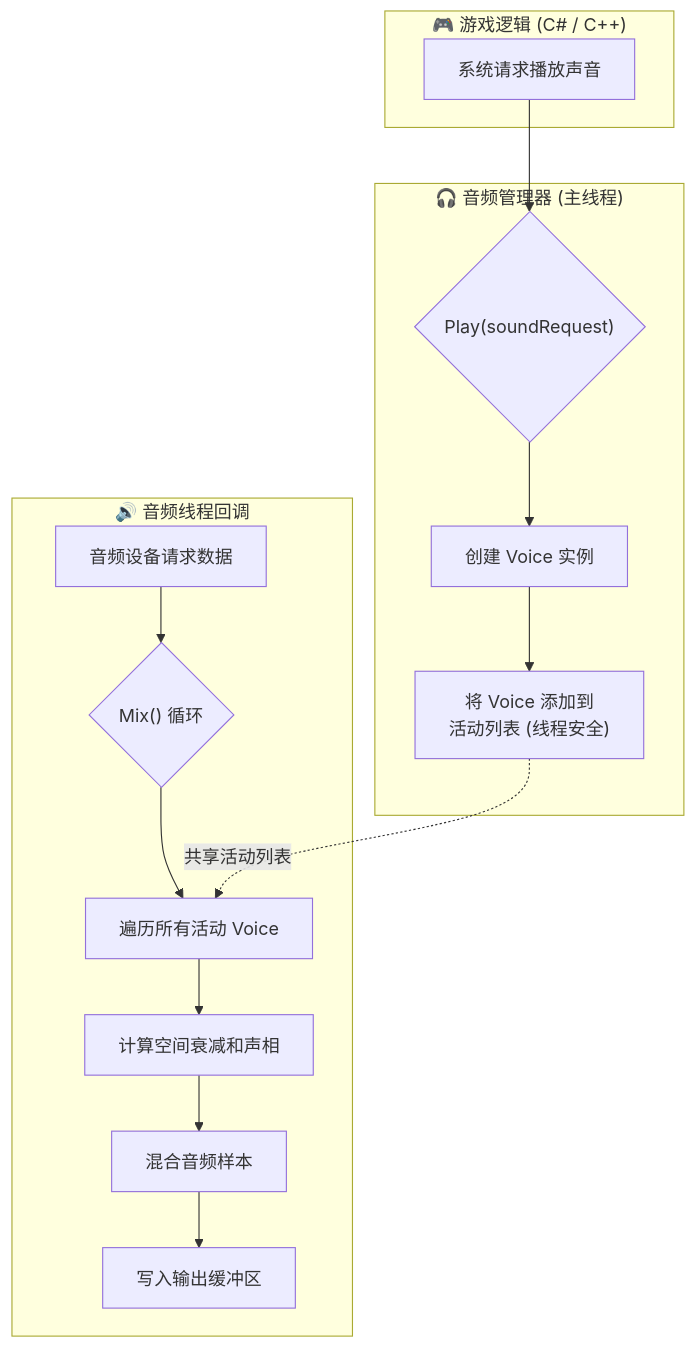
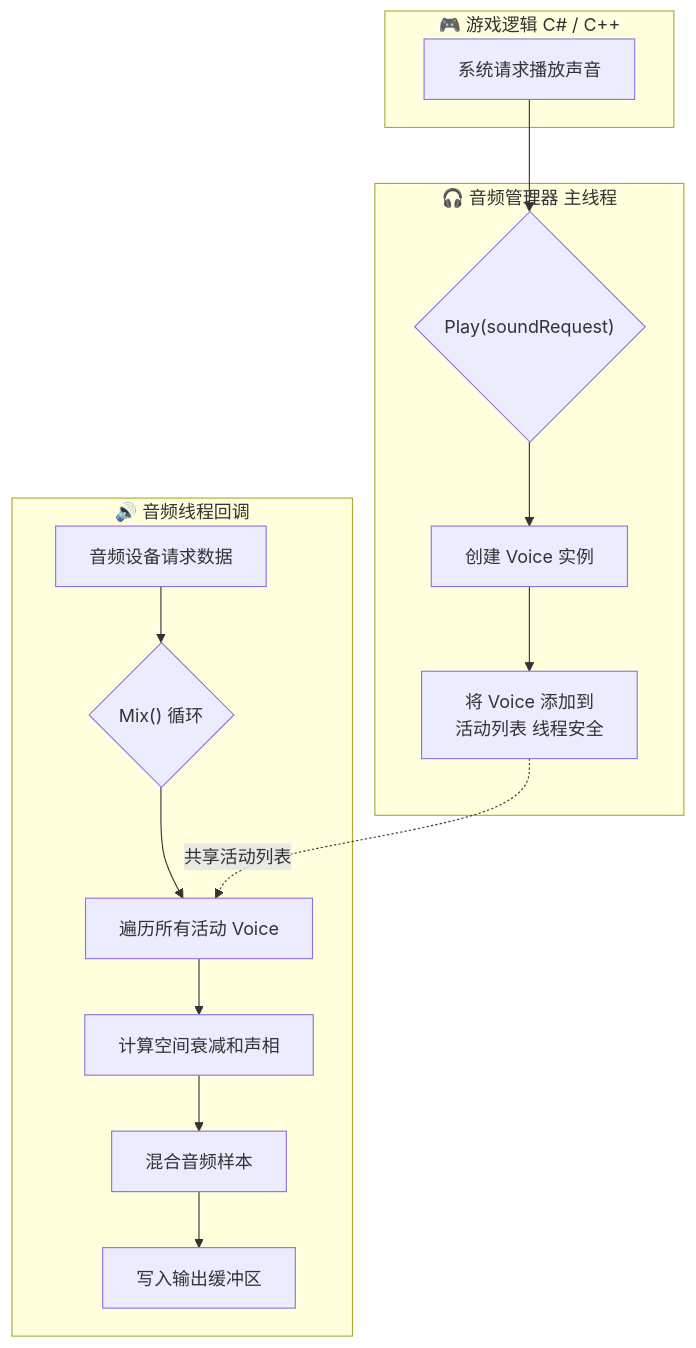
The tenth of 12 diagrams in ARCHITECTURE.md (NGLSG/Luma), drawn with Mermaid before and after one commit. The commit also changed other lines of this file and 61 other files, not shown here.

````diff
--- a/ARCHITECTURE.md
+++ b/ARCHITECTURE.md
@@ -227,30 +233,30 @@
 ```mermaid
 graph TD
-    subgraph "🎮 游戏逻辑 (C# / C++)"
+    subgraph "🎮 游戏逻辑 C# / C++"
         A["系统请求播放声音"]
     end
 
-    subgraph "🎧 音频管理器 (主线程)"
+    subgraph "🎧 音频管理器 主线程"
         B{"Play(soundRequest)"}
         C["创建 Voice 实例"]
-        D["将 Voice 添加到<br/>活动列表 (线程安全)"]
+        D["将 Voice 添加到<br/>活动列表 线程安全"]
     end
 
     subgraph "🔊 音频线程回调"
         E["音频设备请求数据"]
         F{"Mix() 循环"}
         G["遍历所有活动 Voice"]
         H["计算空间衰减和声相"]
         I["混合音频样本"]
         J["写入输出缓冲区"]
     end
 
 %% 定义主线程逻辑
     A --> B --> C --> D
 
 %% 定义音频线程逻辑
     E --> F --> G --> H --> I --> J
 
 %% 定义跨线程交互
     D -.->|共享活动列表| G
 ```
````
